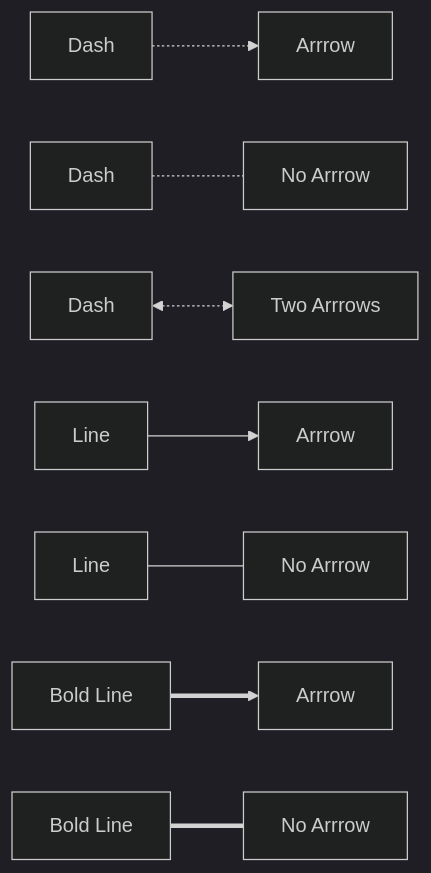
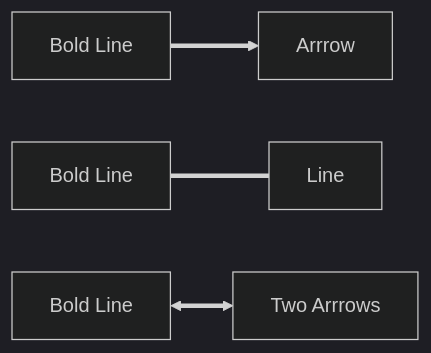
Before and after one commit to jrcs3/Mermaid-Demo: the third of 4 diagrams in connectors.md, drawn with Mermaid (dark theme). The commit also changed other lines of this file and 4 other files, not shown here.

Commit message:
List to Mermaid Example (and some editing

````diff
--- a/connectors.md
+++ b/connectors.md
@@ -5,11 +38,6 @@
 ```mermaid
 flowchart LR
-  A[Dash]-.->B[Arrrow]
-  C[Dash]-.-D[No Arrrow]
-  M[Dash]<-.->N[Two Arrrows]
-  E[Line]-->F[Arrrow]
-  G[Line]---H[No Arrrow]
   I[Bold Line]==>J[Arrrow]
-  K[Bold Line]===L[No Arrrow]
- 
+  K[Bold Line]===L[Line] 
+  E[Bold Line]<==>F[Two Arrrows]
 ```
````
